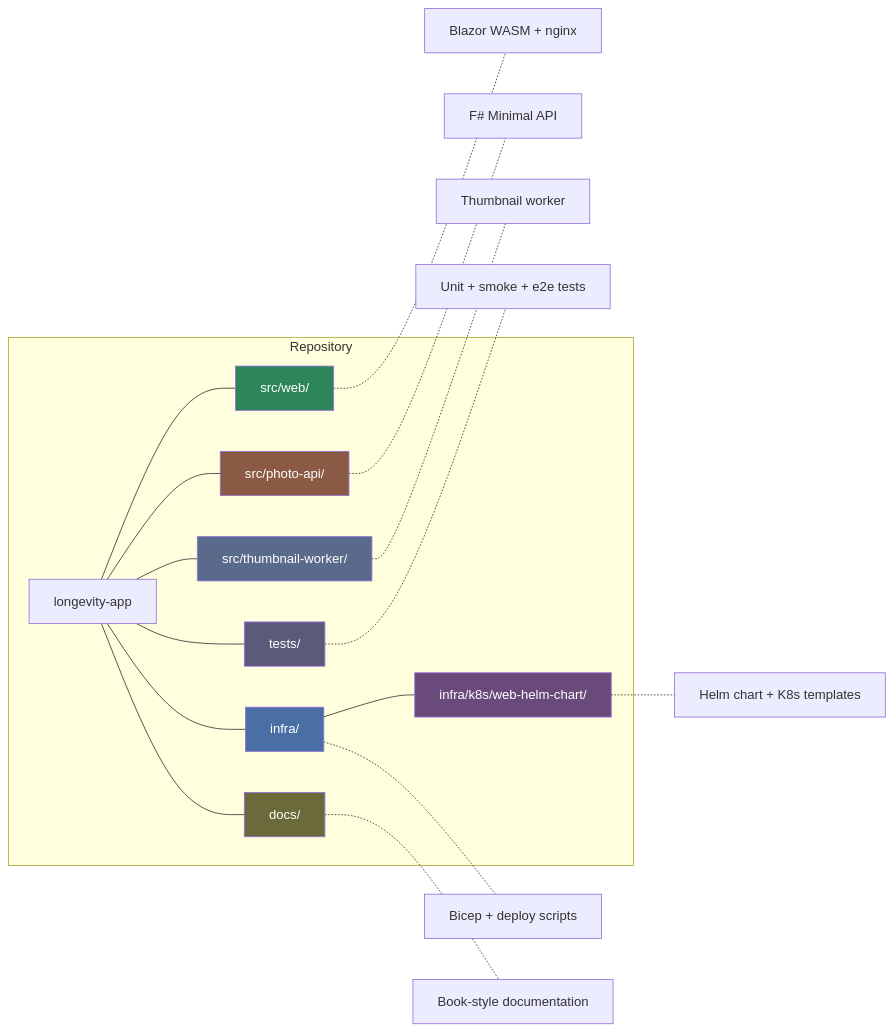
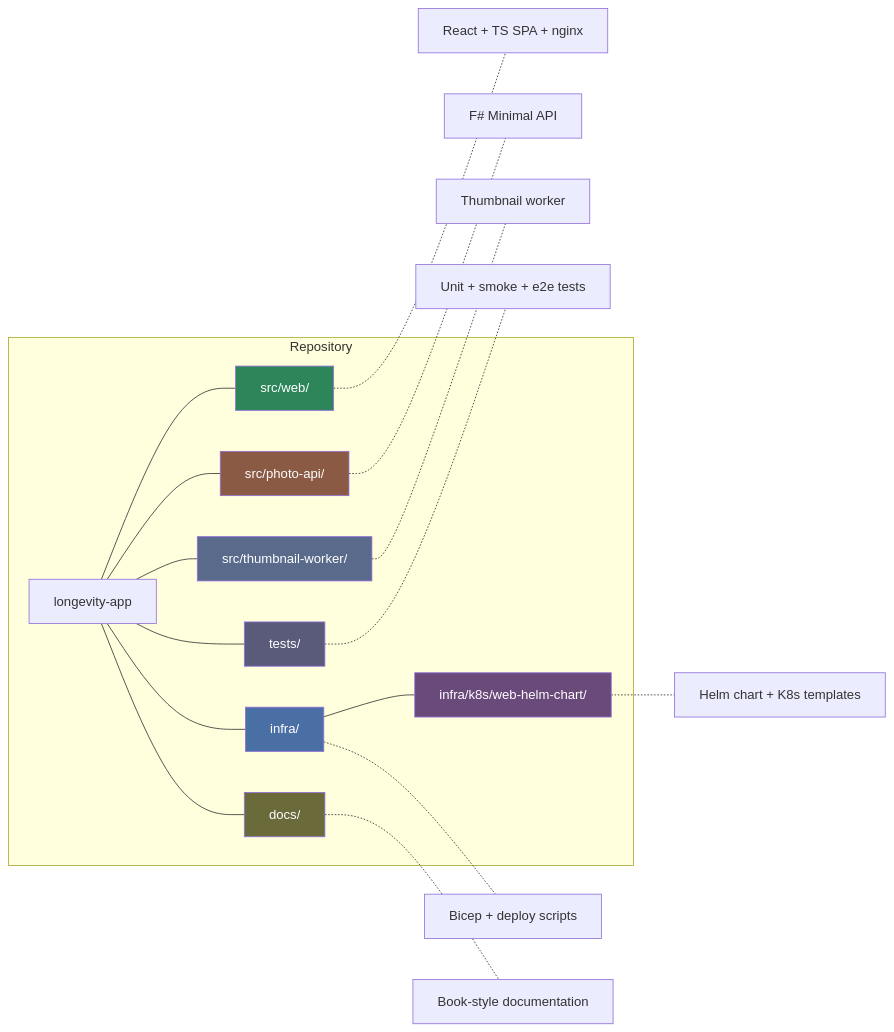
Before and after one commit to jagasafari/longevity: the second of 3 diagrams in docs/01-overview.md, drawn with Mermaid. The commit also changed other lines of this file and 10 other files, not shown here.

First line of the commit message:
docs: update frontend references from Blazor WASM to React + TypeScript

````diff
--- a/docs/01-overview.md
+++ b/docs/01-overview.md
@@ -120,37 +120,37 @@
 ```mermaid
 graph LR
     subgraph Repository
         ROOT[longevity-app]
         WEB[src/web/]
         API[src/photo-api/]
         WORKER[src/thumbnail-worker/]
         TESTS[tests/]
         HELM[infra/k8s/web-helm-chart/]
         INFRA[infra/]
         DOCS[docs/]
     end
 
     ROOT --- WEB
     ROOT --- API
     ROOT --- WORKER
     ROOT --- TESTS
     ROOT --- INFRA
     ROOT --- DOCS
     INFRA --- HELM
 
-    WEB -.- WD[Blazor WASM + nginx]
+    WEB -.- WD[React + TS SPA + nginx]
     API -.- AD[F# Minimal API]
     WORKER -.- WOD[Thumbnail worker]
     TESTS -.- TD[Unit + smoke + e2e tests]
     HELM -.- HD[Helm chart + K8s templates]
     INFRA -.- ID[Bicep + deploy scripts]
     DOCS -.- DD[Book-style documentation]
 
     style WEB fill:#2d8659,color:#fff
     style API fill:#8a5a44,color:#fff
     style WORKER fill:#5a6a8a,color:#fff
     style TESTS fill:#5a5a7a,color:#fff
     style HELM fill:#6a4a7a,color:#fff
     style INFRA fill:#4a6fa5,color:#fff
     style DOCS fill:#6a6a3a,color:#fff
 ```
````
